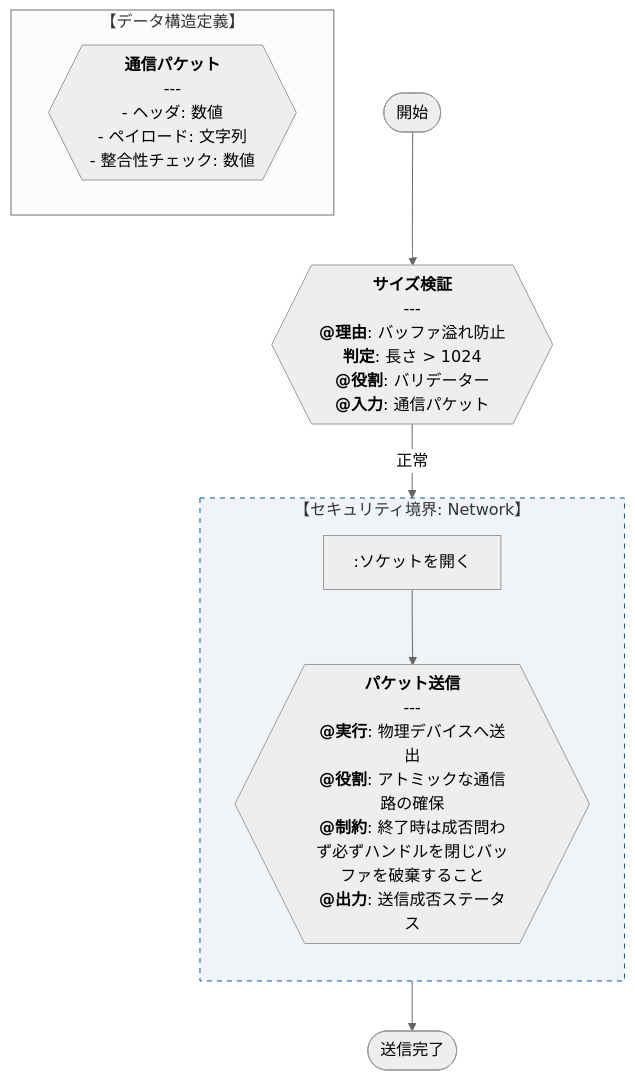
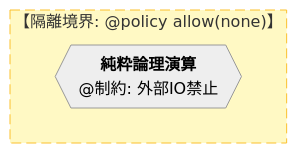
Before and after one commit to sirosiro/cip: the second of 2 diagrams in docs/standards/CIP_Scriber.md, drawn with Mermaid (neutral theme). The commit also changed other lines of this file, not shown here.

Commit message:
docs(standards): refine CIP-Scriber v2.0 with micro-rules and refactoring hacks
- Replaced the large static implementation example with micro-rules for individual Mermaid syntax.
- Added visual refactoring patterns (swapping hack, policy cage) to support agile design changes.
- Consolidated usage guidelines including SOV-style descriptions and topology freedom.
- Preserved core conceptual sections (Open Annotation, Abstraction Levels, and Security Models).

````diff
--- a/docs/standards/CIP_Scriber.md
+++ b/docs/standards/CIP_Scriber.md
@@ -90,40 +128,8 @@
 ```mermaid
 flowchart TD
-    subgraph DataSchema ["【データ構造定義】"]
-        Packet{{"`**通信パケット**
-        ---
-        - ヘッダ: 数値
-        - ペイロード: 文字列
-        - 整合性チェック: 数値`"}}
+    subgraph Sandbox ["【隔離境界: @policy allow(none)】"]
+        Logic{{"`**純粋論理演算**
+        @制約: 外部IO禁止`"}}
     end
-
-    Start([開始]) --> Verify
-
-    Verify{{"`**サイズ検証**
-    ---
-    **@理由**: バッファ溢れ防止
-    **判定**: 長さ > 1024
-    **@役割**: バリデーター
-    **@入力**: 通信パケット
-    `"}}
-
-    Verify -- "正常" --> NetworkBoundary
-
-    subgraph NetworkBoundary ["【セキュリティ境界: Network】"]
-        direction TB
-        %% @policy: allow(socket, ssl) restrict(外部ライブラリ禁止)
-        
-        Open[:ソケットを開く] --> Send{{"`**パケット送信**
-        ---
-        **@実行**: 物理デバイスへ送出
-        **@役割**: アトミックな通信路の確保
-        **@制約**: 終了時は成否問わず必ずハンドルを閉じバッファを破棄すること
-        **@出力**: 送信成否ステータス
-        `"}}
-    end
-
-    Send --> End([送信完了])
-
-    style NetworkBoundary fill:#f0f4f8,stroke:#005a9c,stroke-dasharray: 5 5
-
+    style Sandbox fill:#fff9c4,stroke:#fbc02d,stroke-dasharray: 10 5
 ```
````
